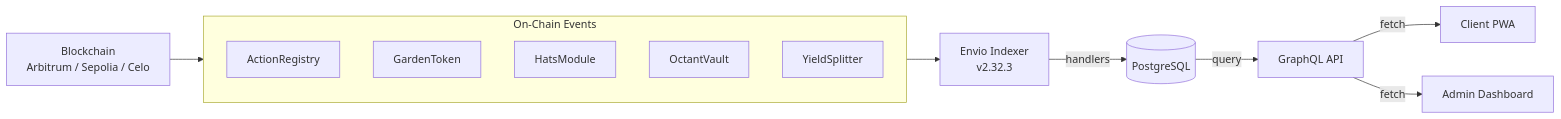
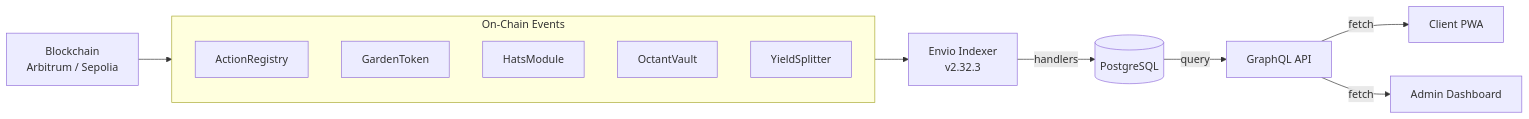
One commit to greenpill-dev-guild/green-goods changed the diagram in docs/docs/builders/packages/indexer.mdx. Above: the diagram before and after it, drawn with Mermaid. The commit also changed other lines of this file and 74 other files, not shown here.

````diff
--- a/docs/docs/builders/packages/indexer.mdx
+++ b/docs/docs/builders/packages/indexer.mdx
@@ -13,17 +22,17 @@
 ```mermaid
 graph LR
     subgraph Events["On-Chain Events"]
         E1["ActionRegistry"]
         E2["GardenToken"]
         E3["HatsModule"]
         E4["OctantVault"]
         E5["YieldSplitter"]
     end
 
-    Chain["Blockchain\nArbitrum / Sepolia / Celo"] --> Events
+    Chain["Blockchain\nArbitrum / Sepolia"] --> Events
     Events --> Envio["Envio Indexer\nv2.32.3"]
     Envio -->|handlers| PG[("PostgreSQL")]
     PG -->|query| GQL["GraphQL API"]
     GQL -->|fetch| Client["Client PWA"]
     GQL -->|fetch| Admin["Admin Dashboard"]
 ```
````
